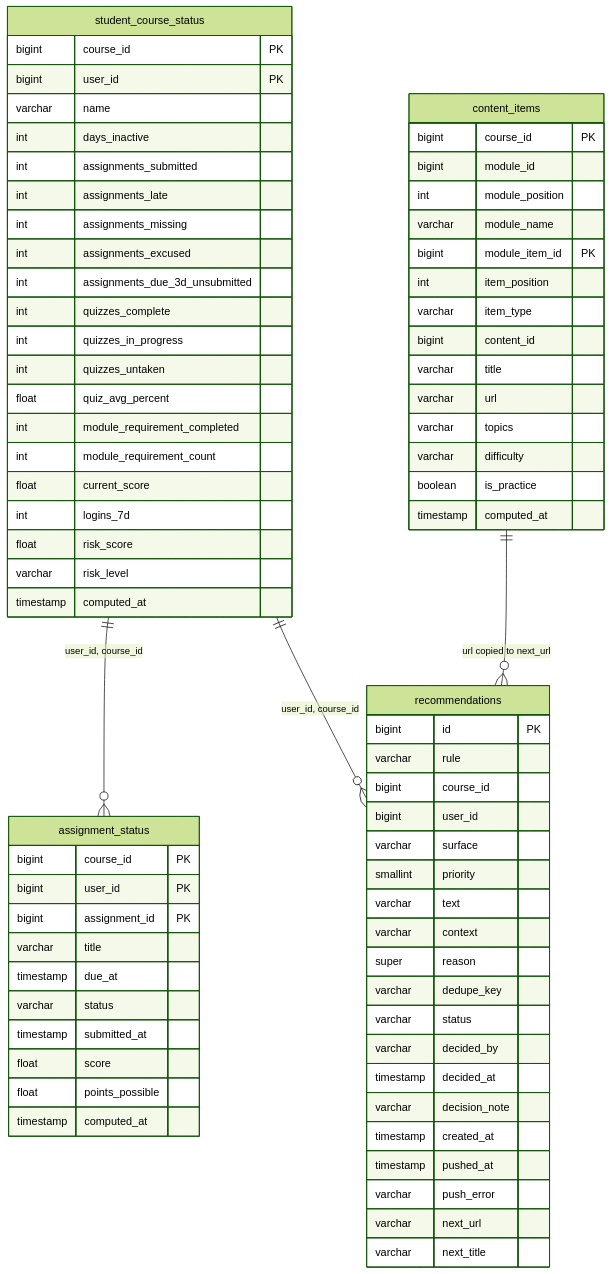
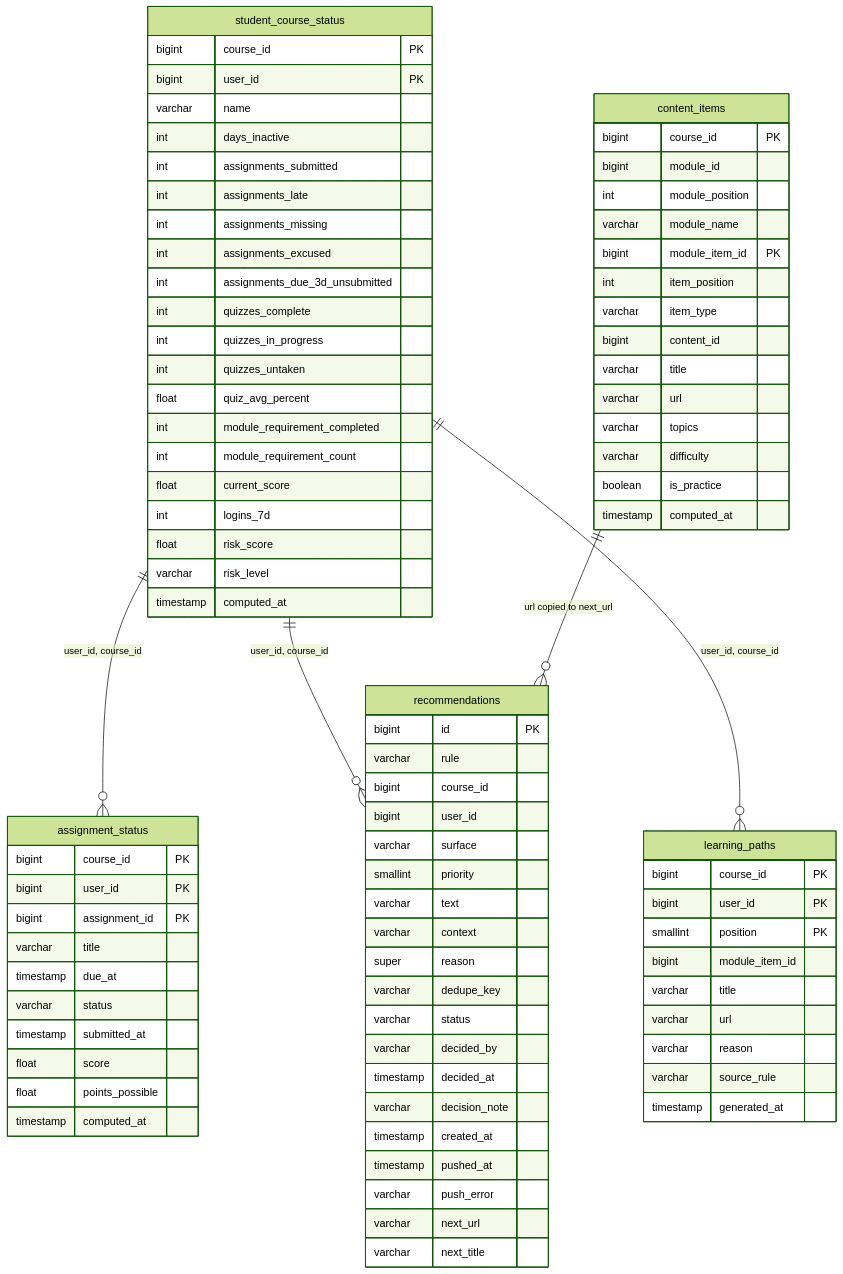
The second of 4 diagrams in docs/ARCHITECTURE.md (rdpatilds/redshift), drawn with Mermaid (forest theme) before and after one commit. The commit also changed other lines of this file and 3 other files, not shown here.

Commit message:
Add learning_paths table and tag the remediation module items

````diff
--- a/docs/ARCHITECTURE.md
+++ b/docs/ARCHITECTURE.md
@@ -154,7 +155,19 @@
         boolean is_practice
         timestamp computed_at
     }
+    learning_paths {
+        bigint course_id PK
+        bigint user_id PK
+        smallint position PK
+        bigint module_item_id
+        varchar title
+        varchar url
+        varchar reason
+        varchar source_rule
+        timestamp generated_at
+    }
     student_course_status ||--o{ assignment_status : "user_id, course_id"
     student_course_status ||--o{ recommendations : "user_id, course_id"
+    student_course_status ||--o{ learning_paths : "user_id, course_id"
     content_items ||--o{ recommendations : "url copied to next_url"
 ```
````
